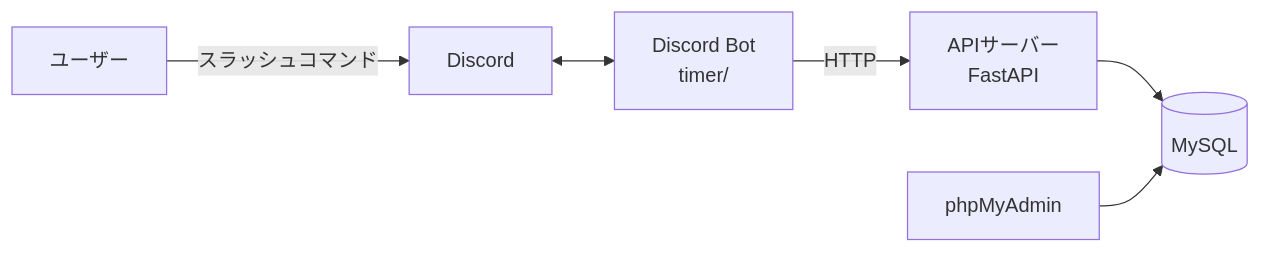
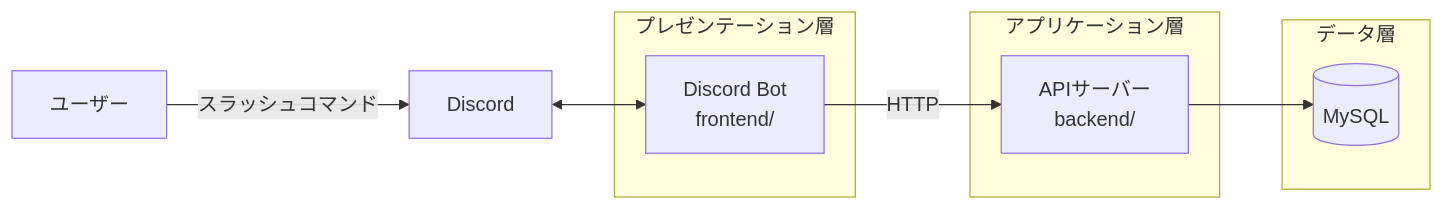
The diagram in README.md (rabin0630/DiscordWorkLogger), drawn with Mermaid before and after one commit. The commit also changed other lines of this file and 10 other files, not shown here.

````diff
--- a/README.md
+++ b/README.md
@@ -27,8 +29,16 @@
 ```mermaid
 flowchart LR
     User[ユーザー] -->|スラッシュコマンド| Discord
-    Discord <--> Bot[Discord Bot<br>timer/]
-    Bot -->|HTTP| API[APIサーバー<br>FastAPI]
-    API --> DB[(MySQL)]
-    PMA[phpMyAdmin] --> DB
+    Discord <--> Bot
+    subgraph プレゼンテーション層
+        Bot[Discord Bot<br>frontend/]
+    end
+    subgraph アプリケーション層
+        API[APIサーバー<br>backend/]
+    end
+    subgraph データ層
+        DB[(MySQL)]
+    end
+    Bot -->|HTTP| API
+    API --> DB
 ```
````
